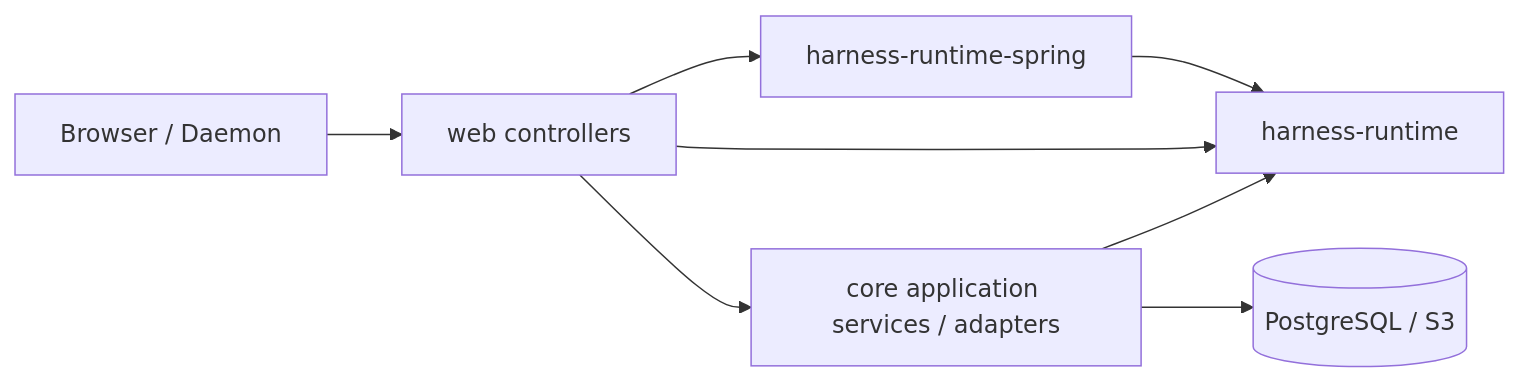
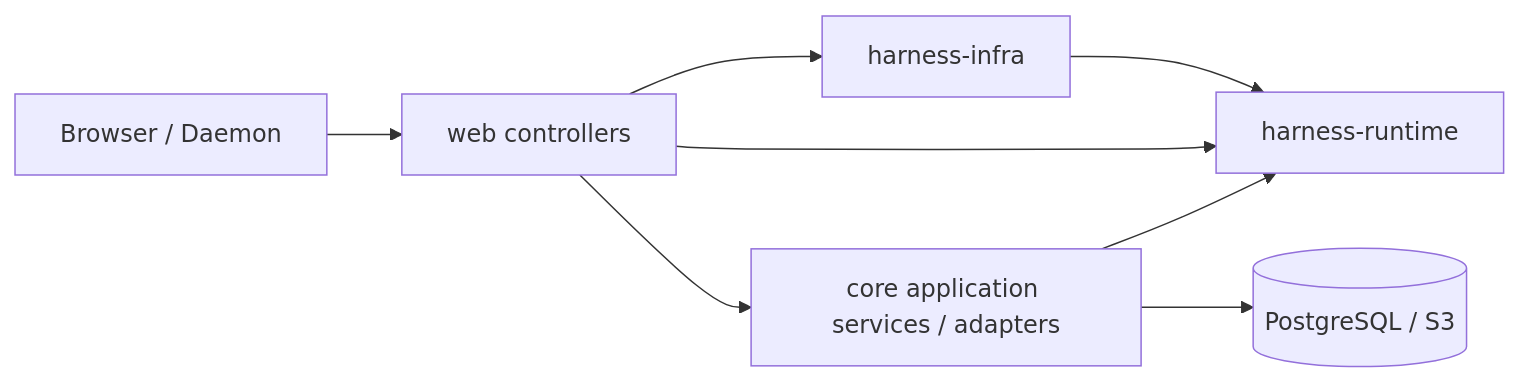
The diagram in docs/technical-solution/backend-implementation-design.md (fengwk/kk-studio), drawn with Mermaid before and after one commit. The commit also changed other lines of this file and 200 other files, not shown here.

````diff
--- a/docs/technical-solution/backend-implementation-design.md
+++ b/docs/technical-solution/backend-implementation-design.md
@@ -7,16 +7,16 @@
 ```mermaid
 flowchart LR
     Client[Browser / Daemon]
     Web[web controllers]
     Core[core application services / adapters]
-    RuntimeSpring[harness-runtime-spring]
+    Infra[harness-infra]
     Runtime[harness-runtime]
     Store[(PostgreSQL / S3)]
 
     Client --> Web
     Web --> Core
-    Web --> RuntimeSpring --> Runtime
+    Web --> Infra --> Runtime
     Web --> Runtime
     Core --> Runtime
     Core --> Store
 ```
````
